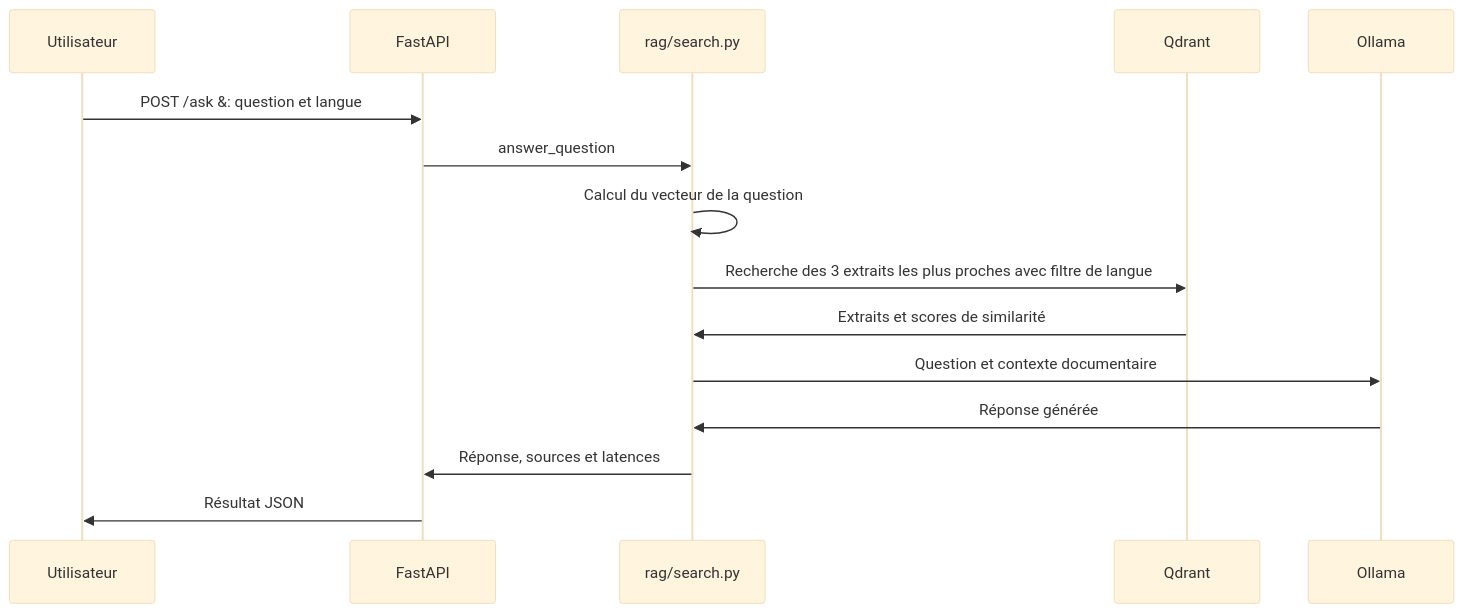
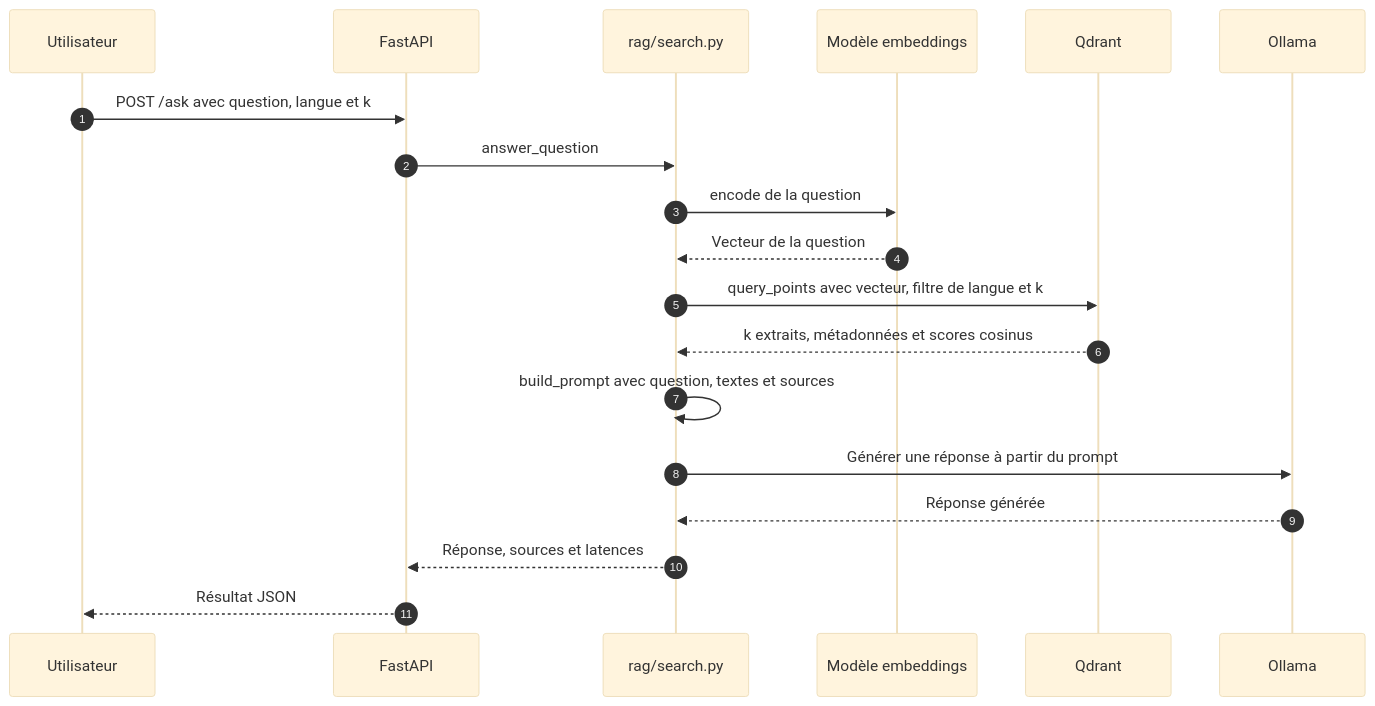
One commit to assabur/noria changed the second of 5 diagrams in README.md. Above: the diagram before and after it, drawn with Mermaid (base theme). The commit also changed other lines of this file, not shown here.

Commit message:
Document embeddings, Qdrant storage and retrieval with Mermaid diagrams

````diff
--- a/README.md
+++ b/README.md
@@ -38,18 +38,21 @@
 ```mermaid
 sequenceDiagram
+  autonumber
   participant user as Utilisateur
   participant api as FastAPI
   participant search as rag/search.py
+  participant embed as Modèle embeddings
   participant qdrant as Qdrant
   participant ollama as Ollama
-  user->>api: POST /ask &#58; question et langue
+  user->>api: POST /ask avec question, langue et k
   api->>search: answer_question
-  search->>search: Calcul du vecteur de la question
-  search->>qdrant: Recherche des 3 extraits les plus proches avec filtre de langue
-  qdrant->>search: Extraits et scores de similarité
-  search->>ollama: Question et contexte documentaire
-  ollama->>search: Réponse générée
-  search->>api: Réponse, sources et latences
-  api->>user: Résultat JSON
-%% portable-canonical-v2:eyJhY2Nlc3NpYmlsaXR5IjpudWxsLCJkYXRhIjp7Im1lc3NhZ2VzIjpbeyJmcm9tIjoidXNlciIsInRleHQiOiJQT1NUIC9hc2sgOiBxdWVzdGlvbiBldCBsYW5ndWUiLCJ0byI6ImFwaSJ9LHsiZnJvbSI6ImFwaSIsInRleHQiOiJhbnN3ZXJfcXVlc3Rpb24iLCJ0byI6InNlYXJjaCJ9LHsiZnJvbSI6InNlYXJjaCIsInRleHQiOiJDYWxjdWwgZHUgdmVjdGV1ciBkZSBsYSBxdWVzdGlvbiIsInRvIjoic2VhcmNoIn0seyJmcm9tIjoic2VhcmNoIiwidGV4dCI6IlJlY2hlcmNoZSBkZXMgMyBleHRyYWl0cyBsZXMgcGx1cyBwcm9jaGVzIGF2ZWMgZmlsdHJlIGRlIGxhbmd1ZSIsInRvIjoicWRyYW50In0seyJmcm9tIjoicWRyYW50IiwidGV4dCI6IkV4dHJhaXRzIGV0IHNjb3JlcyBkZSBzaW1pbGFyaXTDqSIsInRvIjoic2VhcmNoIn0seyJmcm9tIjoic2VhcmNoIiwidGV4dCI6IlF1ZXN0aW9uIGV0IGNvbnRleHRlIGRvY3VtZW50YWlyZSIsInRvIjoib2xsYW1hIn0seyJmcm9tIjoib2xsYW1hIiwidGV4dCI6IlLDqXBvbnNlIGfDqW7DqXLDqWUiLCJ0byI6InNlYXJjaCJ9LHsiZnJvbSI6InNlYXJjaCIsInRleHQiOiJSw6lwb25zZSwgc291cmNlcyBldCBsYXRlbmNlcyIsInRvIjoiYXBpIn0seyJmcm9tIjoiYXBpIiwidGV4dCI6IlLDqXN1bHRhdCBKU09OIiwidG8iOiJ1c2VyIn1dLCJwYXJ0aWNpcGFudHMiOlt7ImlkIjoidXNlciIsImxhYmVsIjoiVXRpbGlzYXRldXIifSx7ImlkIjoiYXBpIiwibGFiZWwiOiJGYXN0QVBJIn0seyJpZCI6InNlYXJjaCIsImxhYmVsIjoicmFnL3NlYXJjaC5weSJ9LHsiaWQiOiJxZHJhbnQiLCJsYWJlbCI6IlFkcmFudCJ9LHsiaWQiOiJvbGxhbWEiLCJsYWJlbCI6Ik9sbGFtYSJ9XX0sImRlc2NyaXB0aW9uIjpudWxsLCJpZCI6InF1ZXN0aW9uIiwia2luZCI6InNlcXVlbmNlIiwic291cmNlU2hhMjU2IjoiMjA3YzQ4MTdiMTViMWUzMTM3YzI1YWVjYTRmMTA5MmJhZjQ1MjU0MTVjMjBkNGYzMTkzZjczNjkxZmJhYzk5MCIsInN0eWxlcyI6W10sInRpdGxlIjoiVHJhaXRlbWVudCBk4oCZdW5lIHF1ZXN0aW9uIiwidmVyc2lvbiI6MX0
+  search->>embed: encode de la question
+  embed-->>search: Vecteur de la question
+  search->>qdrant: query_points avec vecteur, filtre de langue et k
+  qdrant-->>search: k extraits, métadonnées et scores cosinus
+  search->>search: build_prompt avec question, textes et sources
+  search->>ollama: Générer une réponse à partir du prompt
+  ollama-->>search: Réponse générée
+  search-->>api: Réponse, sources et latences
+  api-->>user: Résultat JSON
 ```
````
